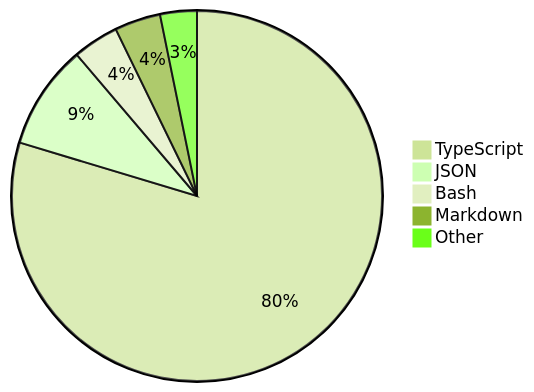
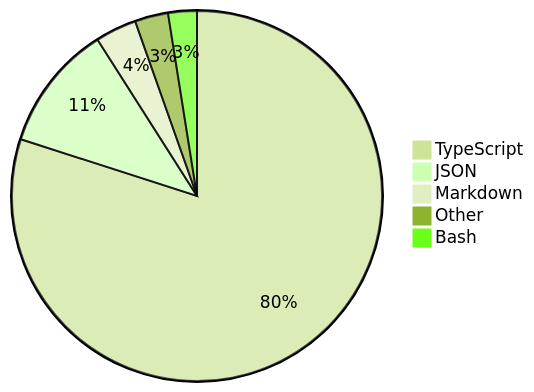
One commit to skvggor/skvggor changed the diagram in README.md. Above: the diagram before and after it, drawn with Mermaid (forest theme).

Commit message:
Updated waka-readme graph with new metrics

````diff
--- a/README.md
+++ b/README.md
@@ -28,8 +28,8 @@
 ```mermaid
 pie
-    "TypeScript" : 79.5
-    "JSON" : 9.1
-    "Bash" : 4.0
-    "Markdown" : 4.0
-    "Other" : 3.2
+    "TypeScript" : 79.8
+    "JSON" : 11.0
+    "Markdown" : 3.6
+    "Other" : 2.9
+    "Bash" : 2.5
 ```
````
